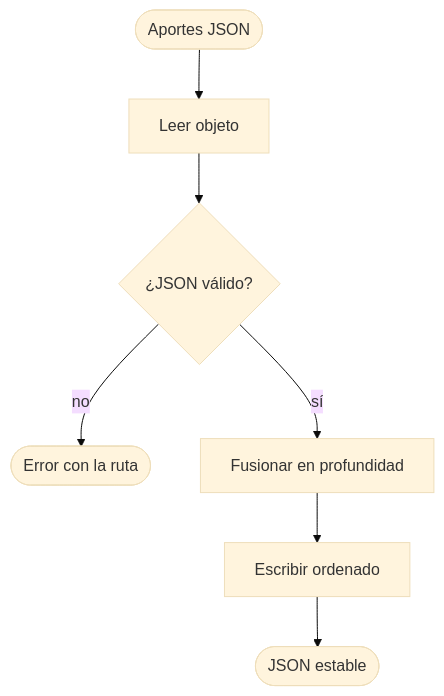
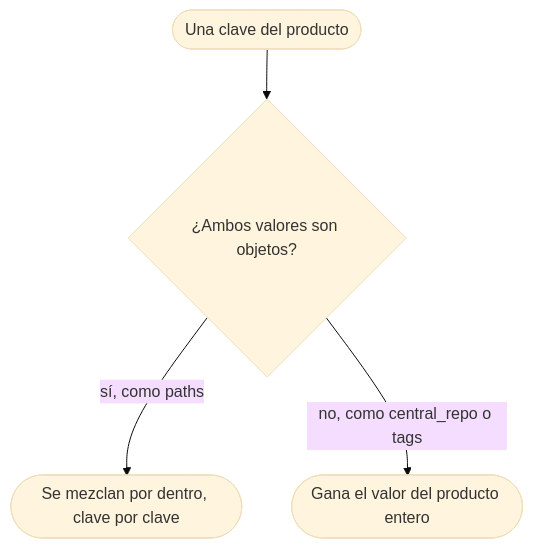
Before and after one commit to jliberal-aquas/aquas-harness: the fourth of 6 diagrams in docs/compilacion-del-canon/fusionar-json.md, drawn with Mermaid (base theme). The commit also changed other lines of this file and 14 other files, not shown here.

First line of the commit message:
feat: capability-docs v0.2, manual de referencia con mapa y diagramas de datos

````diff
--- a/docs/compilacion-del-canon/fusionar-json.md
+++ b/docs/compilacion-del-canon/fusionar-json.md
@@ -22,9 +107,6 @@
 ```mermaid
 flowchart TD
-  I([Aportes JSON]) --> L[Leer objeto]
-  L --> V{¿JSON válido?}
-  V -->|no| E([Error con la ruta])
-  V -->|sí| M[Fusionar en profundidad]
-  M --> S[Escribir ordenado]
-  S --> F([JSON estable])
+  K([Una clave del producto]) --> Q{¿Ambos valores son objetos?}
+  Q -->|sí, como paths| M([Se mezclan por dentro, clave por clave])
+  Q -->|no, como central_repo o tags| W([Gana el valor del producto entero])
 ```
````
